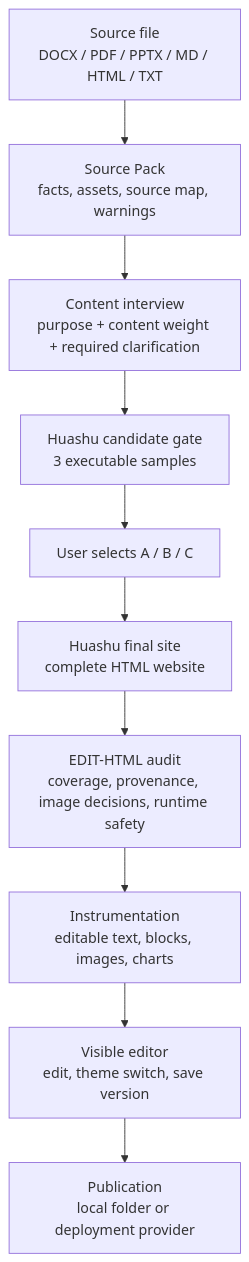
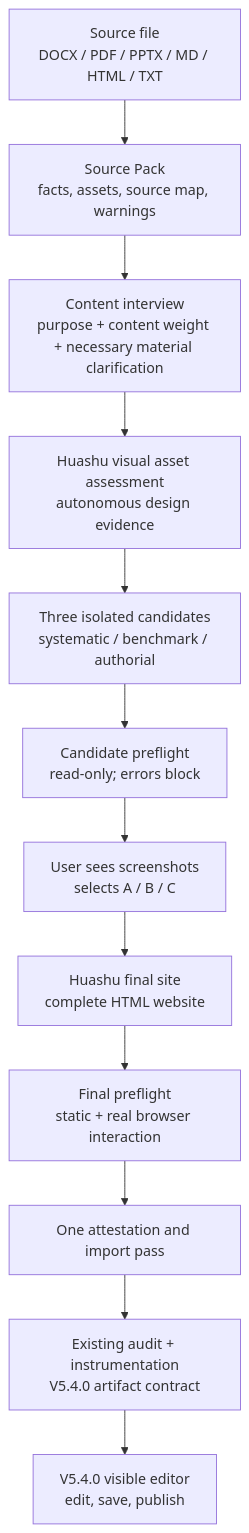
The diagram in README.md (edchwx-lang/EDIT-HTML), drawn with Mermaid before and after one commit. The commit also changed other lines of this file and 30 other files, not shown here.

Commit message:
feat: add Huashu preflight design pipeline

````diff
--- a/README.md
+++ b/README.md
@@ -25,12 +25,14 @@
 ```mermaid
 flowchart TD
   A["Source file<br/>DOCX / PDF / PPTX / MD / HTML / TXT"] --> B["Source Pack<br/>facts, assets, source map, warnings"]
-  B --> C["Content interview<br/>purpose + content weight + required clarification"]
-  C --> D["Huashu candidate gate<br/>3 executable samples"]
-  D --> E["User selects A / B / C"]
-  E --> F["Huashu final site<br/>complete HTML website"]
-  F --> G["EDIT-HTML audit<br/>coverage, provenance, image decisions, runtime safety"]
-  G --> H["Instrumentation<br/>editable text, blocks, images, charts"]
-  H --> I["Visible editor<br/>edit, theme switch, save version"]
-  I --> J["Publication<br/>local folder or deployment provider"]
+  B --> C["Content interview<br/>purpose + content weight + necessary material clarification"]
+  C --> D["Huashu visual asset assessment<br/>autonomous design evidence"]
+  D --> E["Three isolated candidates<br/>systematic / benchmark / authorial"]
+  E --> F["Candidate preflight<br/>read-only; errors block"]
+  F --> G["User sees screenshots<br/>selects A / B / C"]
+  G --> H["Huashu final site<br/>complete HTML website"]
+  H --> I["Final preflight<br/>static + real browser interaction"]
+  I --> J["One attestation and import pass"]
+  J --> K["Existing audit + instrumentation<br/>V5.4.0 artifact contract"]
+  K --> L["V5.4.0 visible editor<br/>edit, save, publish"]
 ```
````
